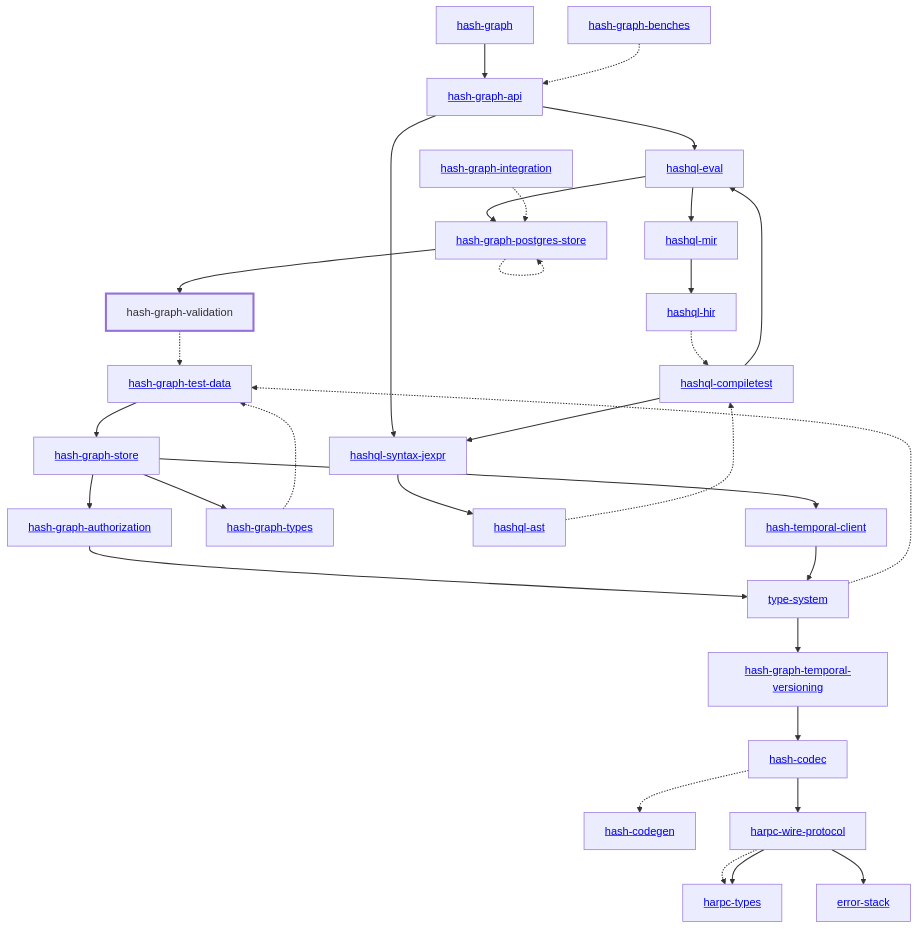
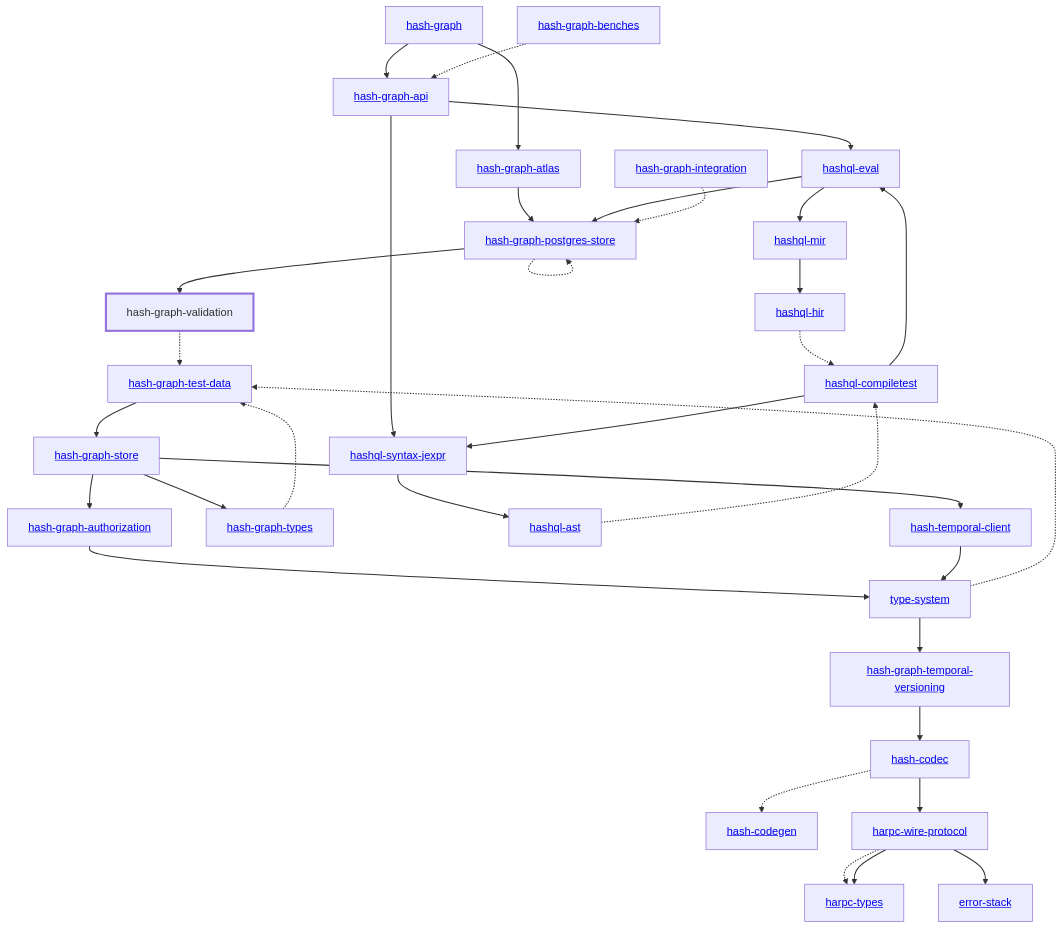
One commit to hashintel/hash changed the diagram in libs/@local/graph/validation/docs/dependency-diagram.mmd. Above: the diagram before and after it, drawn with Mermaid. The commit also changed 28 other files, not shown here.

Commit message:
chore: update graph dependency diagrams

```diff
--- a/libs/@local/graph/validation/docs/dependency-diagram.mmd
+++ b/libs/@local/graph/validation/docs/dependency-diagram.mmd
@@ -1,66 +1,69 @@
 graph TD
     linkStyle default stroke-width:1.5px
     classDef default stroke-width:1px
     classDef root stroke-width:3px
     classDef dev stroke-width:1px
     classDef build stroke-width:1px
     %% Legend
     %% --> : Normal dependency
     %% -.-> : Dev dependency
     %% ---> : Build dependency
     0[<a href="../hash_graph/index.html">hash-graph</a>]
     1[<a href="../type_system/index.html">type-system</a>]
     2[<a href="../hash_codec/index.html">hash-codec</a>]
     3[<a href="../hash_codegen/index.html">hash-codegen</a>]
     4[<a href="../hash_graph_api/index.html">hash-graph-api</a>]
-    5[<a href="../hash_graph_authorization/index.html">hash-graph-authorization</a>]
-    6[<a href="../hash_graph_postgres_store/index.html">hash-graph-postgres-store</a>]
-    7[<a href="../hash_graph_store/index.html">hash-graph-store</a>]
-    8[<a href="../hash_graph_temporal_versioning/index.html">hash-graph-temporal-versioning</a>]
-    9[<a href="../hash_graph_types/index.html">hash-graph-types</a>]
-    10[hash-graph-validation]
-    class 10 root
-    11[<a href="../harpc_types/index.html">harpc-types</a>]
-    12[<a href="../harpc_wire_protocol/index.html">harpc-wire-protocol</a>]
-    13[<a href="../hashql_ast/index.html">hashql-ast</a>]
-    14[<a href="../hashql_compiletest/index.html">hashql-compiletest</a>]
-    15[<a href="../hashql_eval/index.html">hashql-eval</a>]
-    16[<a href="../hashql_hir/index.html">hashql-hir</a>]
-    17[<a href="../hashql_mir/index.html">hashql-mir</a>]
-    18[<a href="../hashql_syntax_jexpr/index.html">hashql-syntax-jexpr</a>]
-    19[<a href="../hash_temporal_client/index.html">hash-temporal-client</a>]
-    20[<a href="../error_stack/index.html">error-stack</a>]
-    21[<a href="../hash_graph_benches/index.html">hash-graph-benches</a>]
-    22[<a href="../hash_graph_integration/index.html">hash-graph-integration</a>]
-    23[<a href="../hash_graph_test_data/index.html">hash-graph-test-data</a>]
+    5[<a href="../hash_graph_atlas/index.html">hash-graph-atlas</a>]
+    6[<a href="../hash_graph_authorization/index.html">hash-graph-authorization</a>]
+    7[<a href="../hash_graph_postgres_store/index.html">hash-graph-postgres-store</a>]
+    8[<a href="../hash_graph_store/index.html">hash-graph-store</a>]
+    9[<a href="../hash_graph_temporal_versioning/index.html">hash-graph-temporal-versioning</a>]
+    10[<a href="../hash_graph_types/index.html">hash-graph-types</a>]
+    11[hash-graph-validation]
+    class 11 root
+    12[<a href="../harpc_types/index.html">harpc-types</a>]
+    13[<a href="../harpc_wire_protocol/index.html">harpc-wire-protocol</a>]
+    14[<a href="../hashql_ast/index.html">hashql-ast</a>]
+    15[<a href="../hashql_compiletest/index.html">hashql-compiletest</a>]
+    16[<a href="../hashql_eval/index.html">hashql-eval</a>]
+    17[<a href="../hashql_hir/index.html">hashql-hir</a>]
+    18[<a href="../hashql_mir/index.html">hashql-mir</a>]
+    19[<a href="../hashql_syntax_jexpr/index.html">hashql-syntax-jexpr</a>]
+    20[<a href="../hash_temporal_client/index.html">hash-temporal-client</a>]
+    21[<a href="../error_stack/index.html">error-stack</a>]
+    22[<a href="../hash_graph_benches/index.html">hash-graph-benches</a>]
+    23[<a href="../hash_graph_integration/index.html">hash-graph-integration</a>]
+    24[<a href="../hash_graph_test_data/index.html">hash-graph-test-data</a>]
     0 --> 4
-    1 --> 8
-    1 -.-> 23
+    0 --> 5
+    1 --> 9
+    1 -.-> 24
     2 -.-> 3
-    2 --> 12
-    4 --> 15
-    4 --> 18
-    5 --> 1
-    6 -.-> 6
-    6 --> 10
-    7 --> 5
-    7 --> 9
-    7 --> 19
-    8 --> 2
-    9 -.-> 23
-    10 -.-> 23
-    12 -.-> 11
-    12 --> 11
-    12 --> 20
-    13 -.-> 14
-    14 --> 15
-    14 --> 18
-    15 --> 6
-    15 --> 17
-    16 -.-> 14
-    17 --> 16
-    18 --> 13
-    19 --> 1
-    21 -.-> 4
-    22 -.-> 6
-    23 --> 7
+    2 --> 13
+    4 --> 16
+    4 --> 19
+    5 --> 7
+    6 --> 1
+    7 -.-> 7
+    7 --> 11
+    8 --> 6
+    8 --> 10
+    8 --> 20
+    9 --> 2
+    10 -.-> 24
+    11 -.-> 24
+    13 -.-> 12
+    13 --> 12
+    13 --> 21
+    14 -.-> 15
+    15 --> 16
+    15 --> 19
+    16 --> 7
+    16 --> 18
+    17 -.-> 15
+    18 --> 17
+    19 --> 14
+    20 --> 1
+    22 -.-> 4
+    23 -.-> 7
+    24 --> 8
```
